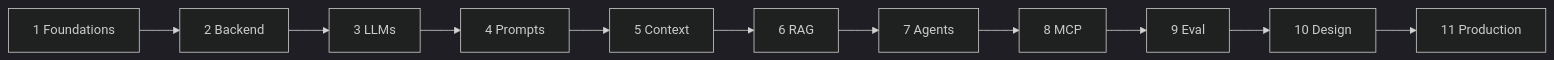
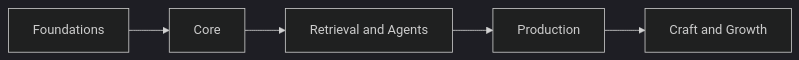
Before and after one commit to abdulsamad183/ai-engineering-playbook: the second of 2 diagrams in README.md, drawn with Mermaid (dark theme). The commit also changed other lines of this file and 301 other files, not shown here.

````diff
--- a/README.md
+++ b/README.md
@@ -83,13 +83,7 @@
 ```mermaid
 flowchart LR
-  A[1 Foundations] --> B[2 Backend]
-  B --> C[3 LLMs]
-  C --> D[4 Prompts]
-  D --> E[5 Context]
-  E --> F[6 RAG]
-  F --> G[7 Agents]
-  G --> H[8 MCP]
-  H --> I[9 Eval]
-  I --> J[10 Design]
-  J --> K[11 Production]
+  A[Foundations] --> B[Core]
+  B --> C[Retrieval and Agents]
+  C --> D[Production]
+  D --> E[Craft and Growth]
 ```
````
